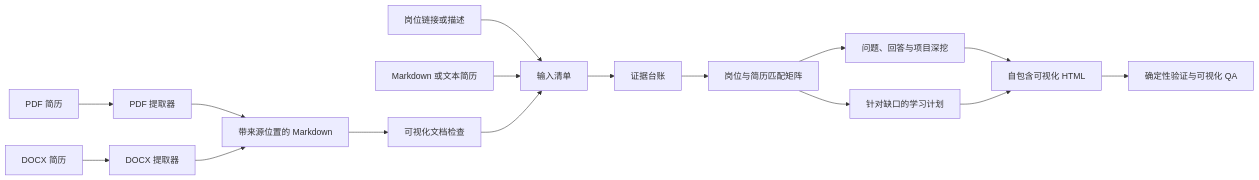
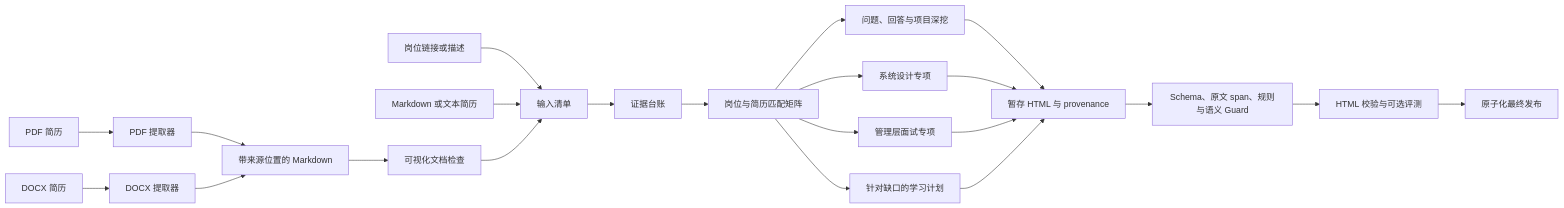
Before and after one commit to chenyangwei-dev/interview-prep-skill: the diagram in README.cn.md, drawn with Mermaid. The commit also changed other lines of this file and 12 other files, not shown here.

````diff
--- a/README.cn.md
+++ b/README.cn.md
@@ -36,18 +40,24 @@
 ```mermaid
 flowchart LR
     JD[岗位链接或描述] --> INV[输入清单]
     PDF[PDF 简历] --> EP[PDF 提取器]
     DOCX[DOCX 简历] --> ED[DOCX 提取器]
     TEXT[Markdown 或文本简历] --> INV
     EP --> MD[带来源位置的 Markdown]
     ED --> MD
     MD --> VQ[可视化文档检查]
     VQ --> INV
     INV --> E[证据台账]
     E --> M[岗位与简历匹配矩阵]
     M --> Q[问题、回答与项目深挖]
+    M --> SD[系统设计专项]
+    M --> MG[管理层面试专项]
     M --> G[针对缺口的学习计划]
-    Q --> H[自包含可视化 HTML]
+    Q --> H[暂存 HTML 与 provenance]
+    SD --> H
+    MG --> H
     G --> H
-    H --> QA[确定性验证与可视化 QA]
+    H --> GR[Schema、原文 span、规则与语义 Guard]
+    GR --> QA[HTML 校验与可选评测]
+    QA --> F[原子化最终发布]
 ```
````
